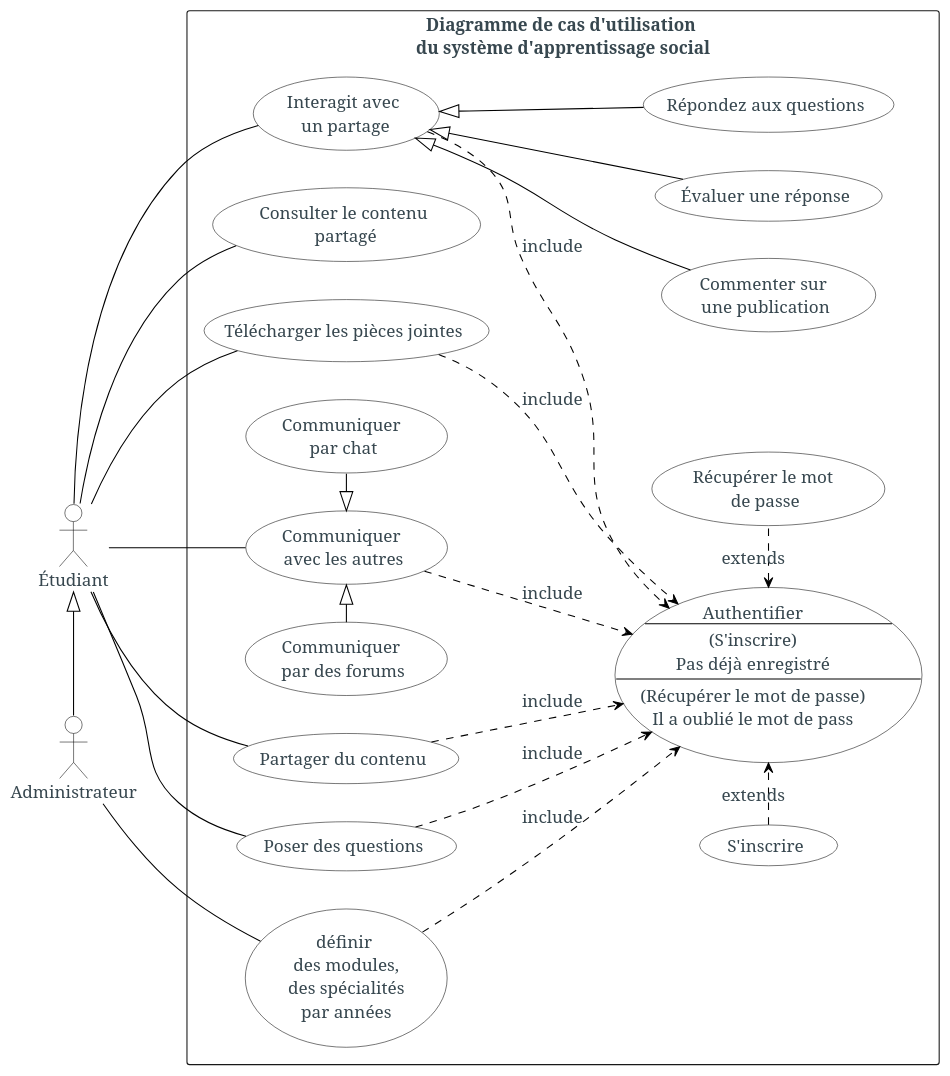
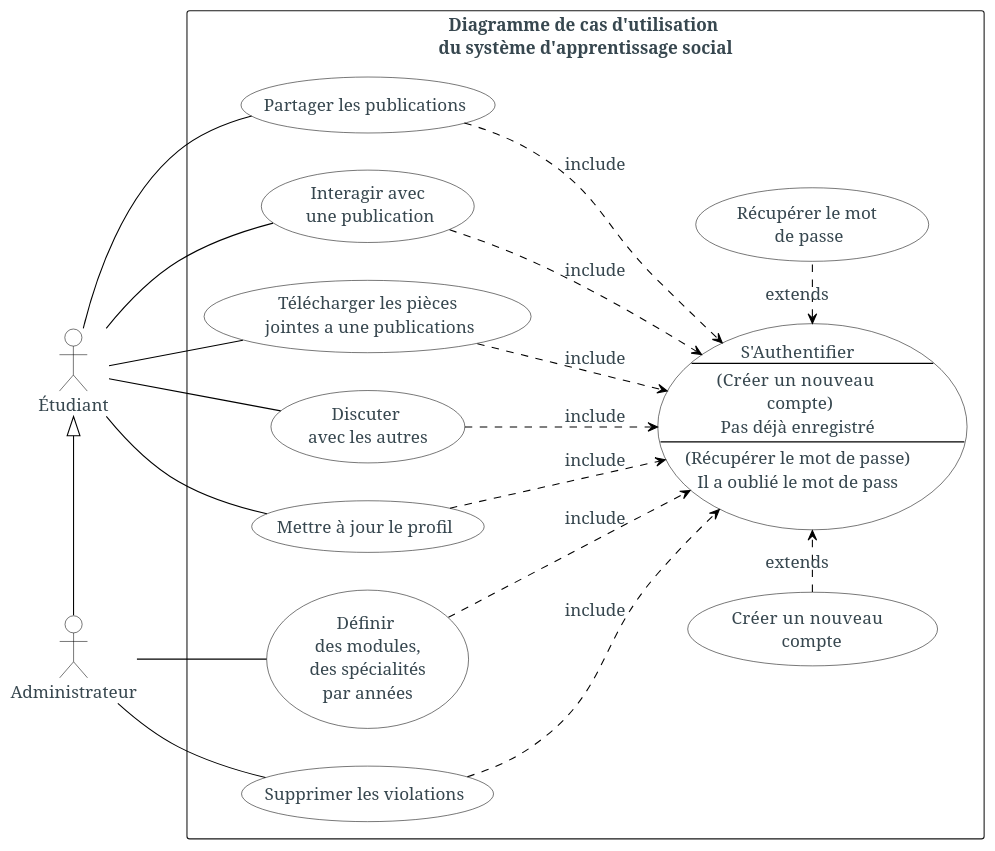
The diagram in diagrammes/src/usecase.puml (assimhabeek/memoire), drawn with PlantUML before and after one commit. The commit also changed 20 other files, not shown here.

```diff
--- a/diagrammes/src/usecase.puml
+++ b/diagrammes/src/usecase.puml
@@ -1,72 +1,62 @@
 @startuml
 left to right direction
 skinparam backgroundColor #fff
 skinparam defaultFontColor #37474f
 skinparam defaultFontSize 16
 skinparam defaultFontName serif
 skinparam defaultFontStyle bold
 skinparam usecaseBackgroundColor #fff
 skinparam usecaseBorderColor #000
 skinparam usecaseArrowColor #000
 skinparam usecaseActorBorderColor black
 skinparam actorBackgroundColor #fff
 skinparam actorBorderColor #000
 
 
 
 actor Administrateur as admin
 actor Étudiant as student
 
 rectangle "Diagramme de cas d'utilisation \ndu système d'apprentissage social"{
 
-usecase shareContent as "Partager du contenu"
-usecase login as "Authentifier
+usecase shareContent as "Partager les publications"
+usecase interact as "Interagir avec\n une publication"
+usecase downloadContent as "Télécharger les pièces\n jointes a une publications"
+
+usecase login as "S'Authentifier
                  --
-                 (S'inscrire)
+                 (Créer un  nouveau \n compte)
                  Pas déjà enregistré
                  --
                  (Récupérer le mot de passe)
                  Il a oublié le mot de pass"
-usecase  register as "S'inscrire"
+usecase  register as "Créer un  nouveau \n compte"
 usecase  recover  as "Récupérer le mot \nde passe"
-
-usecase  askQuestion as "Poser des questions"
-usecase  answerQuestion as "Répondez aux questions"
-usecase  comment as "Commenter sur \nune publication"
-usecase  evaluate as "Évaluer une réponse"
-usecase  communicate  as "Communiquer \navec les autres"
-usecase  chat as "Communiquer \npar chat"
-usecase  forums as "Communiquer \npar des forums"
-usecase  interact as "Interagit avec\n un partage"
-usecase  downloadContent as "Télécharger les pièces jointes"
-usecase  consultContent as "Consulter le contenu\n partagé"
-usecase defineMSY as "définir \ndes modules,\n des spécialités \npar années"
+usecase  communicate  as "Discuter \navec les autres"
+usecase  defineMSY as "Définir \ndes modules,\n des spécialités \npar années"
+usecase  deleteViolations as "Supprimer les violations"
+usecase  editProfil as "Mettre à jour le profil"
 
 student <|- admin
 
 login   <. recover   : extends
 register  .> login  : extends
 
 shareContent ..> login : include
-askQuestion ..> login : include
 interact ..> login : include
 communicate ..> login : include
 downloadContent ..> login : include
 defineMSY ..> login : include
+deleteViolations ..> login : include
+editProfil ..> login : include
 
-communicate <|- chat
-forums -|> communicate
-interact <|-- answerQuestion
-interact <|-- comment
-interact <|-- evaluate
 
 admin -- defineMSY
-student -- consultContent
+admin -- deleteViolations
 student -- shareContent
-student -- askQuestion
 student -- interact
 student -- communicate
 student -- downloadContent
-
+student -- editProfil
 }
 @enduml
```
